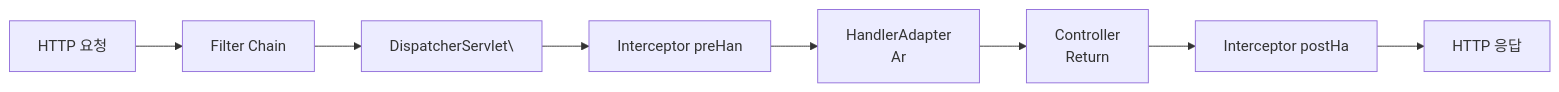
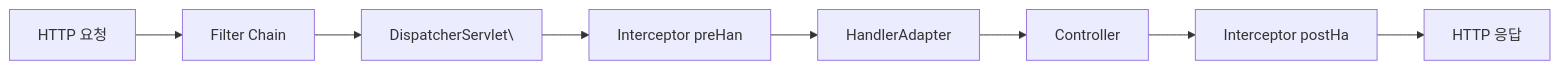
Before and after one commit to yjkim2015/yjkim2015.github.io: the tenth of 14 diagrams in _posts/spring/2026-05-02-spring-mvc-deep.md, drawn with Mermaid. The commit also changed other lines of this file and 217 other files, not shown here.

First line of the commit message:
Mermaid 크기 수정: useMaxWidth:true + SVG max-width:100% + 라벨 축소

````diff
--- a/_posts/spring/2026-05-02-spring-mvc-deep.md
+++ b/_posts/spring/2026-05-02-spring-mvc-deep.md
@@ -713,10 +713,10 @@
 ```mermaid
 flowchart LR
     A["HTTP 요청"] --> B["Filter Chain"]
     B --> C["DispatcherServlet\"]
     C --> D["Interceptor preHan"]
-    D --> E["HandlerAdapter\nAr"]
-    E --> F["Controller\nReturn"]
+    D --> E["HandlerAdapter"]
+    E --> F["Controller"]
     F --> G["Interceptor postHa"]
     G --> H["HTTP 응답"]
 ```
````
